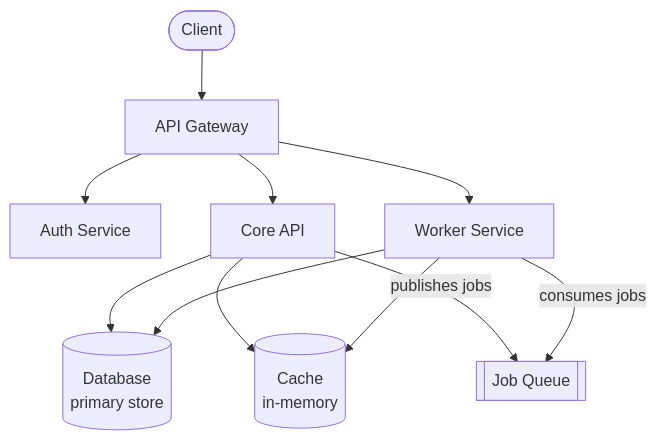
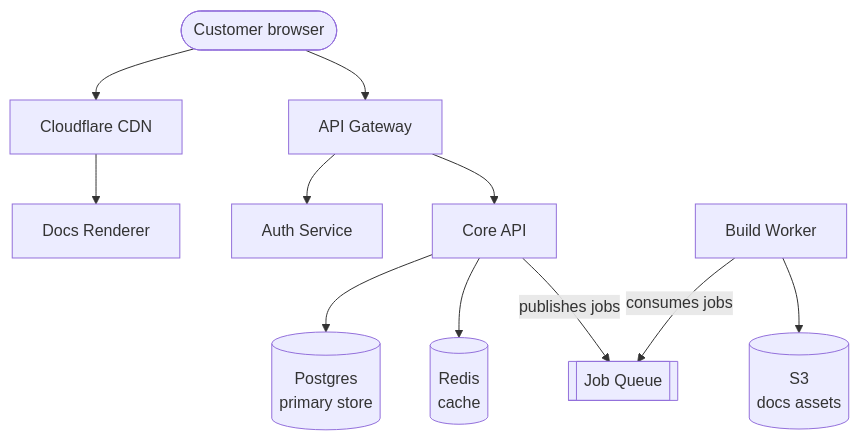
One commit to mintlify/templates changed the diagram in knowledge-base/engineering/architecture/services-overview.mdx. Above: the diagram before and after it, drawn with Mermaid. The commit also changed other lines of this file and 35 other files, not shown here.

````diff
--- a/knowledge-base/engineering/architecture/services-overview.mdx
+++ b/knowledge-base/engineering/architecture/services-overview.mdx
@@ -10,13 +10,13 @@
 ```mermaid
 graph TD
-    Client([Client]) --> GW[API Gateway]
+    Client([Customer browser]) --> Edge[Cloudflare CDN]
+    Edge --> Renderer[Docs Renderer]
+    Client --> GW[API Gateway]
     GW --> Auth[Auth Service]
     GW --> Core[Core API]
-    GW --> Worker[Worker Service]
-    Core --> DB[(Database\nprimary store)]
-    Core --> Cache[(Cache\nin-memory)]
-    Worker --> DB
-    Worker --> Cache
+    Core --> DB[(Postgres\nprimary store)]
+    Core --> Cache[(Redis\ncache)]
     Core -->|publishes jobs| Queue[[Job Queue]]
-    Worker -->|consumes jobs| Queue
+    Worker[Build Worker] -->|consumes jobs| Queue
+    Worker --> Storage[(S3\ndocs assets)]
 ```
````
